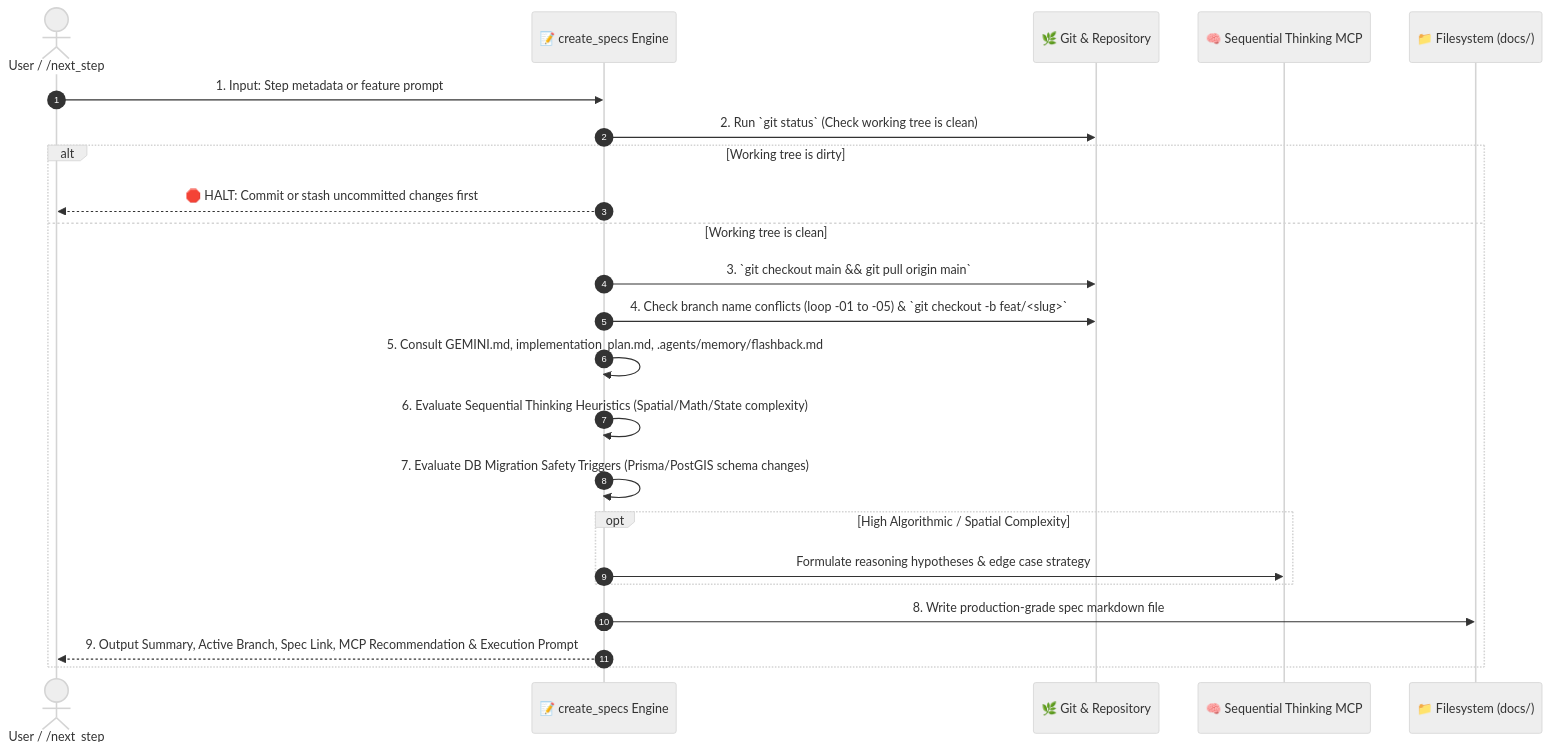
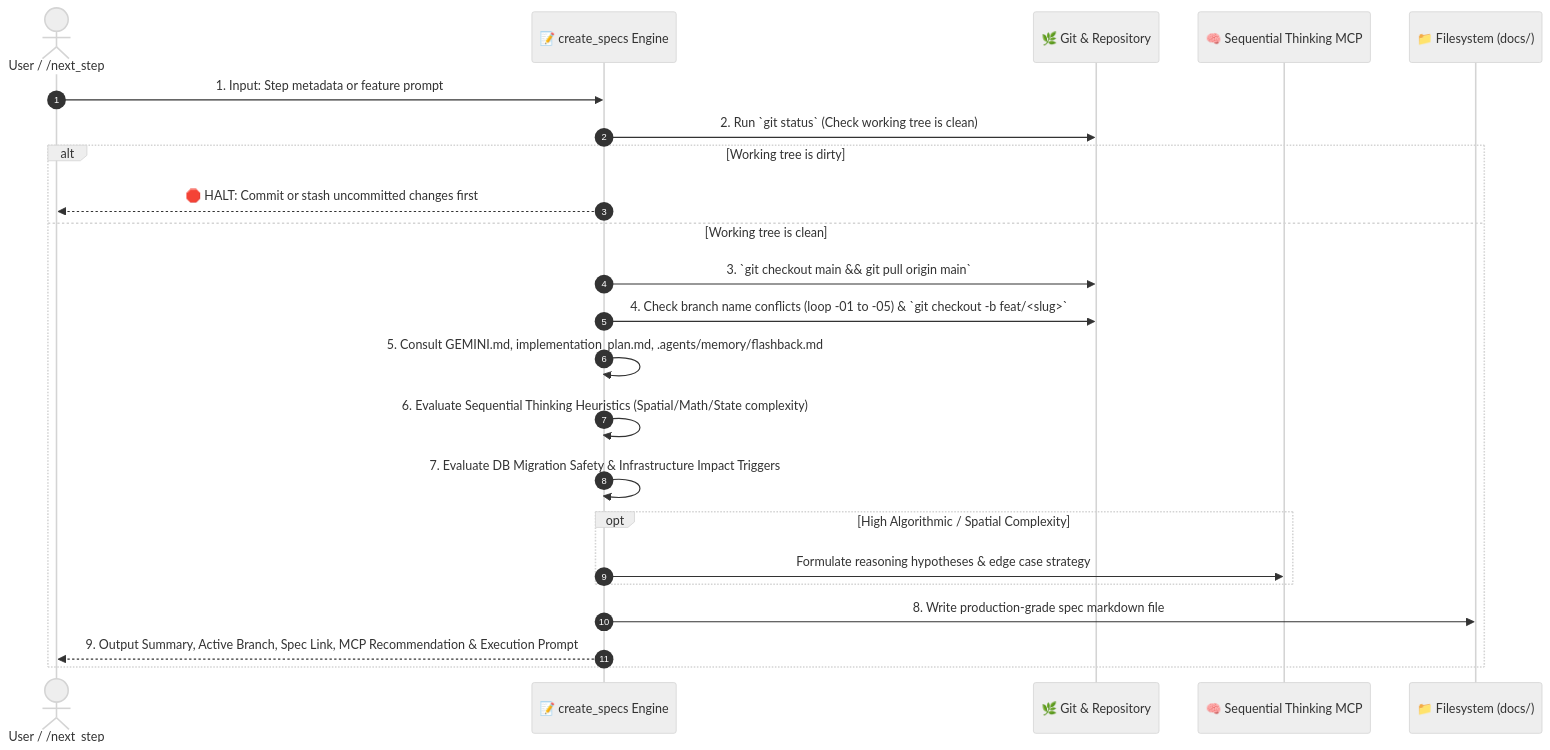
The diagram in .agents/skills/create_specs/SKILL.md (agrawalshivam279/safe-yatra), drawn with Mermaid (neutral theme) before and after one commit. The commit also changed other lines of this file and 22 other files, not shown here.

````diff
--- a/.agents/skills/create_specs/SKILL.md
+++ b/.agents/skills/create_specs/SKILL.md
@@ -20,26 +21,26 @@
 ```mermaid
 sequenceDiagram
     autonumber
     actor User/NextStep as User / /next_step
     participant CS as 📝 create_specs Engine
     participant Git as 🌿 Git & Repository
     participant ST as 🧠 Sequential Thinking MCP
     participant FS as 📁 Filesystem (docs/)
 
     User/NextStep->>CS: 1. Input: Step metadata or feature prompt
     CS->>Git: 2. Run `git status` (Check working tree is clean)
     alt Working tree is dirty
         CS-->>User/NextStep: 🛑 HALT: Commit or stash uncommitted changes first
     else Working tree is clean
         CS->>Git: 3. `git checkout main && git pull origin main`
         CS->>Git: 4. Check branch name conflicts (loop -01 to -05) & `git checkout -b feat/<slug>`
         CS->>CS: 5. Consult GEMINI.md, implementation_plan.md, .agents/memory/flashback.md
         CS->>CS: 6. Evaluate Sequential Thinking Heuristics (Spatial/Math/State complexity)
-        CS->>CS: 7. Evaluate DB Migration Safety Triggers (Prisma/PostGIS schema changes)
+        CS->>CS: 7. Evaluate DB Migration Safety & Infrastructure Impact Triggers
         opt High Algorithmic / Spatial Complexity
             CS->>ST: Formulate reasoning hypotheses & edge case strategy
         end
         CS->>FS: 8. Write production-grade spec markdown file
         CS-->>User/NextStep: 9. Output Summary, Active Branch, Spec Link, MCP Recommendation & Execution Prompt
     end
 ```
````
